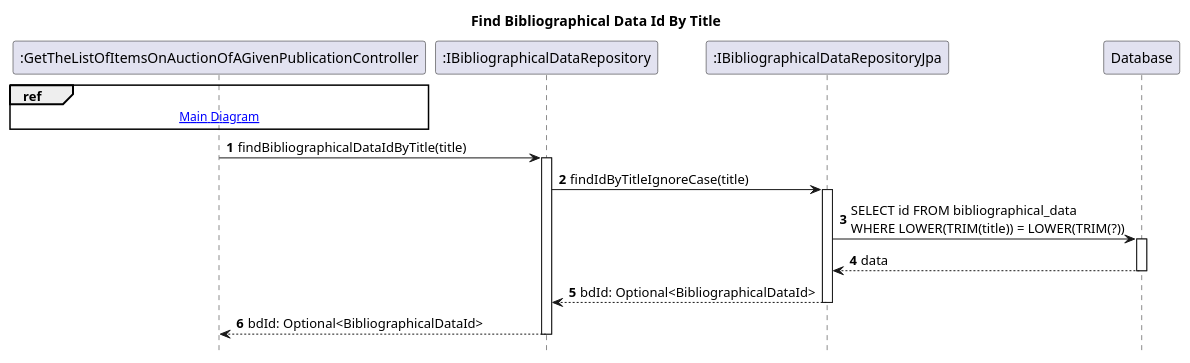
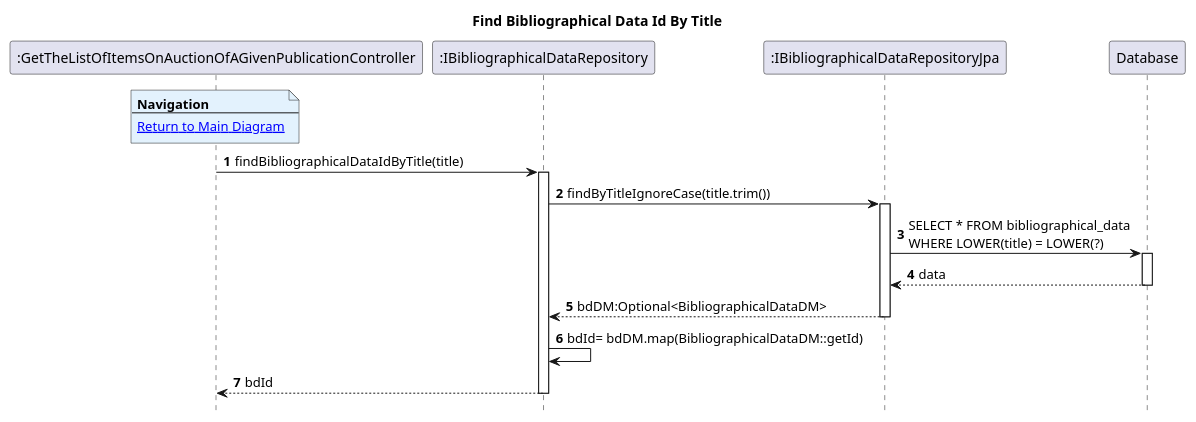
Before and after one commit to AndrePereiraGitH/SWitCH-Project-Team_A: the diagram in Diagrams/SequenceDiagrams/N2/To-Get-List-Of-Items-Auction-Of-Given-Publication/3a.FindBibliographicalDataIdByTitle.puml, drawn with PlantUML. The commit also changed 5 other files, not shown here.

```diff
--- a/Diagrams/SequenceDiagrams/N2/To-Get-List-Of-Items-Auction-Of-Given-Publication/3a.FindBibliographicalDataIdByTitle.puml
+++ b/Diagrams/SequenceDiagrams/N2/To-Get-List-Of-Items-Auction-Of-Given-Publication/3a.FindBibliographicalDataIdByTitle.puml
@@ -1,28 +1,31 @@
 @startuml
 hide footbox
 autonumber
 title Find Bibliographical Data Id By Title
 
 participant ":GetTheListOfItemsOnAuctionOfAGivenPublicationController" as Ctrl
 participant ":IBibliographicalDataRepository" as bdRepo
 participant ":IBibliographicalDataRepositoryJpa" as bdJpa
 participant "Database" as db
 
-ref over Ctrl
-  [[1.MainDiagram.puml Main Diagram]]
-end ref
+note over Ctrl #E3F2FD
+<b>Navigation</b>
+---
+[[1.MainDiagram.puml Return to Main Diagram]]
+end note
 
 Ctrl -> bdRepo: findBibliographicalDataIdByTitle(title)
 activate bdRepo
-bdRepo -> bdJpa: findIdByTitleIgnoreCase(title)
+bdRepo -> bdJpa: findByTitleIgnoreCase(title.trim())
 activate bdJpa
-bdJpa -> db: SELECT id FROM bibliographical_data\nWHERE LOWER(TRIM(title)) = LOWER(TRIM(?))
+bdJpa -> db: SELECT * FROM bibliographical_data\nWHERE LOWER(title) = LOWER(?)
 activate db
 db --> bdJpa: data
 deactivate db
-bdJpa --> bdRepo: bdId: Optional<BibliographicalDataId>
+bdJpa --> bdRepo: bdDM:Optional<BibliographicalDataDM>
 deactivate bdJpa
-bdRepo --> Ctrl: bdId: Optional<BibliographicalDataId>
+bdRepo -> bdRepo: bdId= bdDM.map(BibliographicalDataDM::getId)
+bdRepo --> Ctrl: bdId
 deactivate bdRepo
 
 @enduml
```
